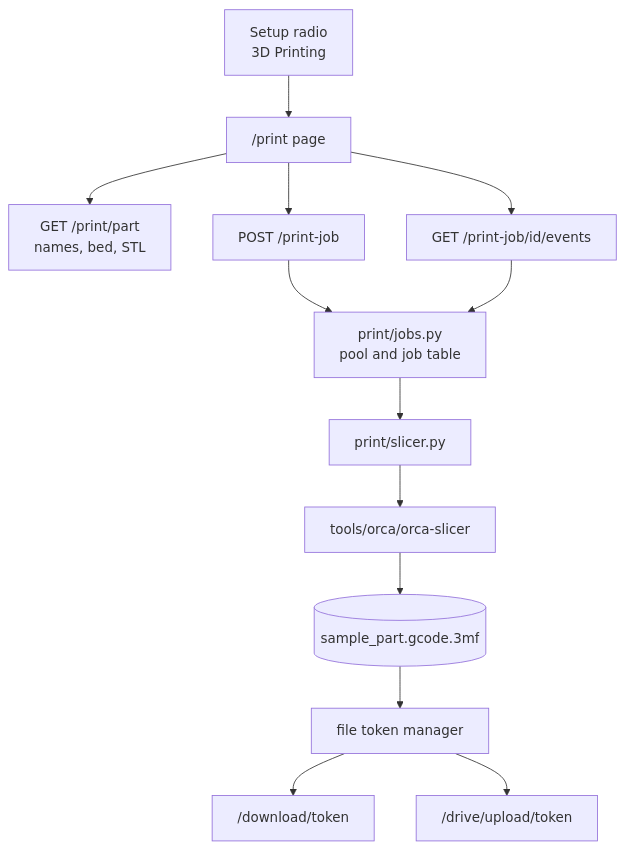
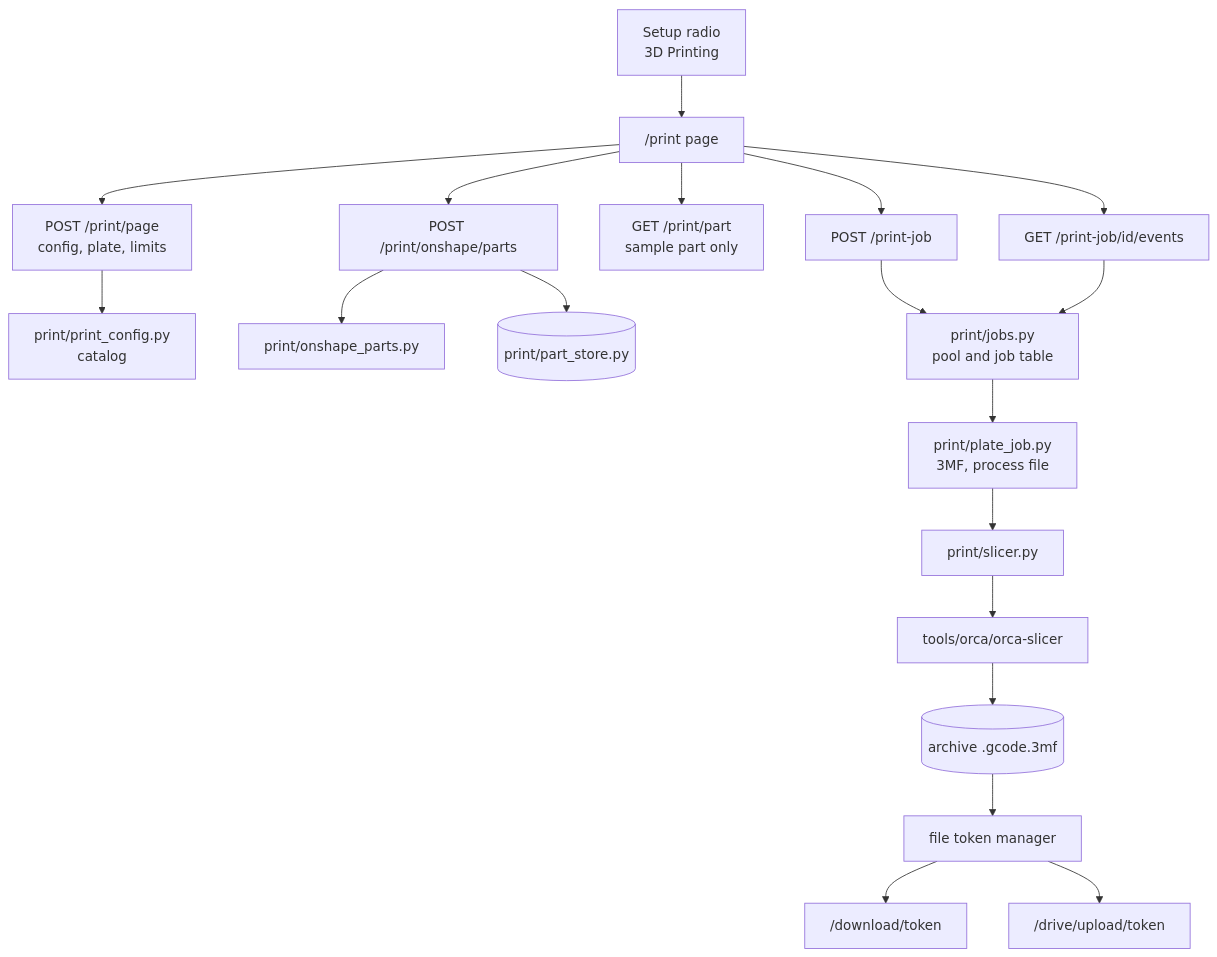
The diagram in docs/3D_PRINTING.md (6238/PenguinCAM), drawn with Mermaid before and after one commit. The commit also changed other lines of this file and 7 other files, not shown here.

````diff
--- a/docs/3D_PRINTING.md
+++ b/docs/3D_PRINTING.md
@@ -27,15 +44,21 @@
 ```mermaid
 flowchart TB
     A["Setup radio<br/>3D Printing"] --> B["/print page"]
-    B --> C["GET /print/part<br/>names, bed, STL"]
+    B --> K["POST /print/page<br/>config, plate, limits"]
+    K --> Q["print/print_config.py<br/>catalog"]
+    B --> O["POST /print/onshape/parts"]
+    O --> R["print/onshape_parts.py"]
+    O --> T[("print/part_store.py")]
+    B --> C["GET /print/part<br/>sample part only"]
     B --> D["POST /print-job"]
     B --> S["GET /print-job/id/events"]
     D --> P["print/jobs.py<br/>pool and job table"]
     S --> P
-    P --> E["print/slicer.py"]
+    P --> U["print/plate_job.py<br/>3MF, process file"]
+    U --> E["print/slicer.py"]
     E --> F["tools/orca/orca-slicer"]
-    F --> G[("sample_part.gcode.3mf")]
+    F --> G[("archive .gcode.3mf")]
     G --> H["file token manager"]
     H --> I["/download/token"]
     H --> J["/drive/upload/token"]
 ```
````
